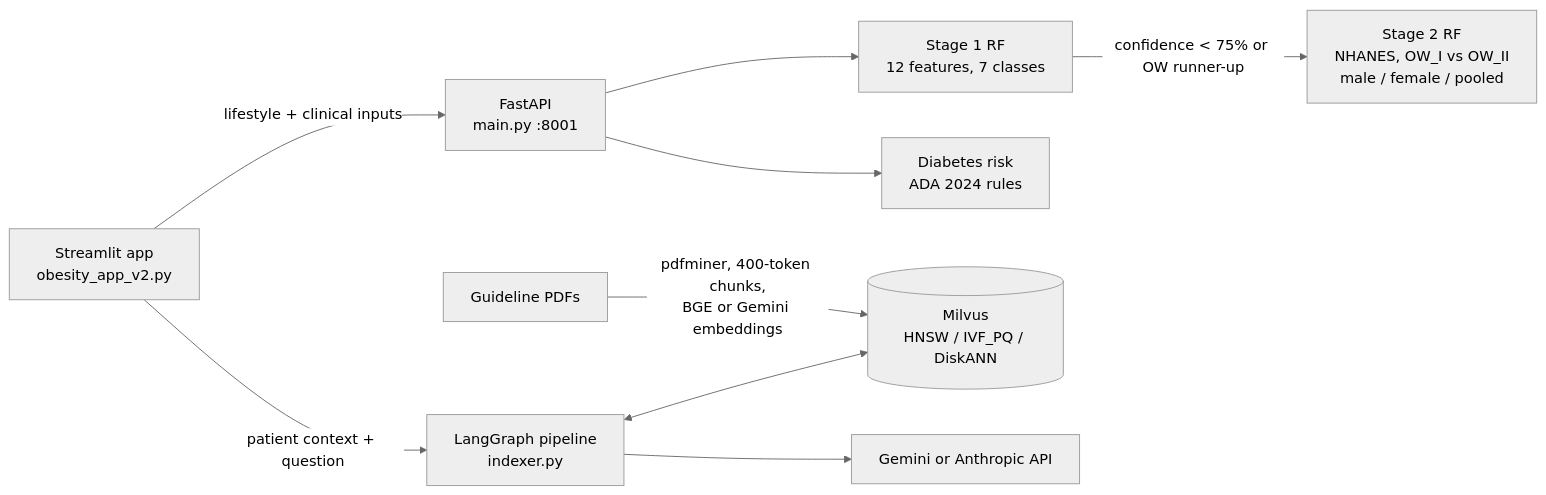
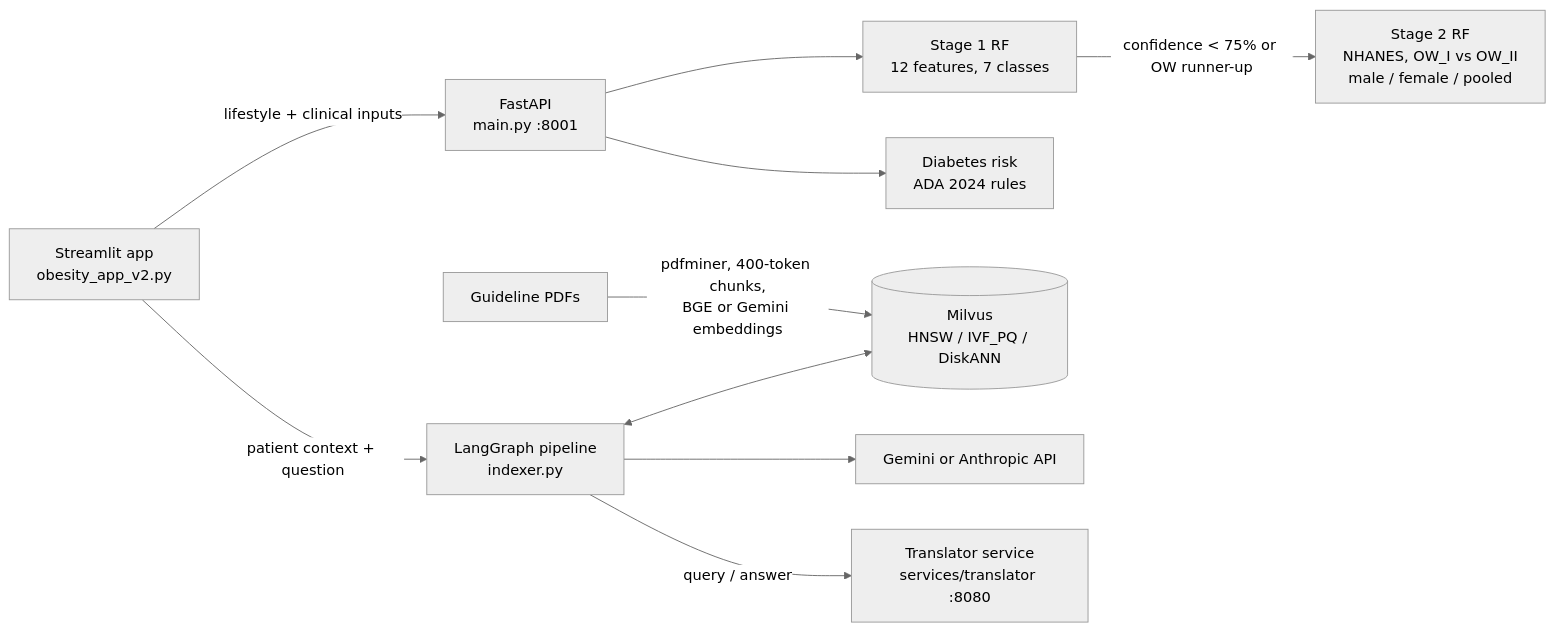
The diagram in README.md (DevSoVague/obesity-risk-rag), drawn with Mermaid (neutral theme) before and after one commit. The commit also changed other lines of this file and 13 other files, not shown here.

First line of the commit message:
Ship model bundles, translator service, Milvus compose, and launcher

````diff
--- a/README.md
+++ b/README.md
@@ -17,11 +17,12 @@
 ```mermaid
 flowchart LR
     UI[Streamlit app<br/>obesity_app_v2.py] -->|lifestyle + clinical inputs| API[FastAPI<br/>main.py :8001]
     API --> M1[Stage 1 RF<br/>12 features, 7 classes]
     M1 -->|confidence < 75% or OW runner-up| M2[Stage 2 RF<br/>NHANES, OW_I vs OW_II<br/>male / female / pooled]
     API --> DR[Diabetes risk<br/>ADA 2024 rules]
     UI -->|patient context + question| RAG[LangGraph pipeline<br/>indexer.py]
     RAG <--> MV[(Milvus<br/>HNSW / IVF_PQ / DiskANN)]
     RAG --> LLM[Gemini or Anthropic API]
+    RAG -->|query / answer| TR[Translator service<br/>services/translator :8080]
     PDF[Guideline PDFs] -->|pdfminer, 400-token chunks,<br/>BGE or Gemini embeddings| MV
 ```
````
